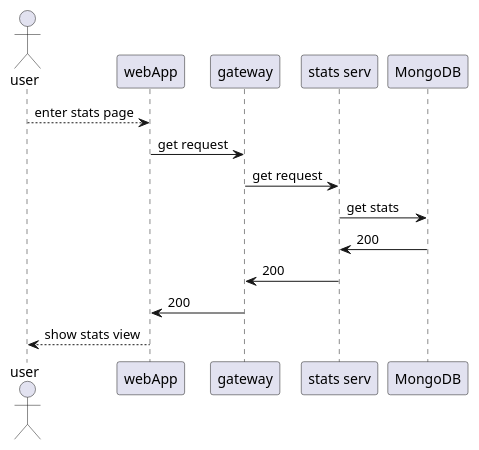
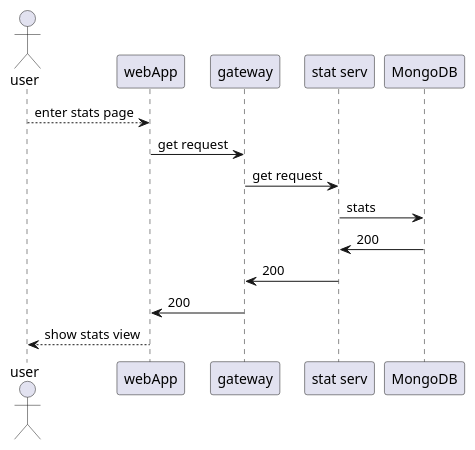
One commit to Arquisoft/wiq_7 changed the fourth of 5 diagrams in docs/src/06_runtime_view.adoc. Above: the diagram before and after it, drawn with PlantUML. The commit also changed other lines of this file and 16 other files, not shown here.

```diff
--- a/docs/src/06_runtime_view.adoc
+++ b/docs/src/06_runtime_view.adoc
@@ -78,17 +78,17 @@
 [plantuml, "stats", svg]
 ----
 actor user
 participant webapp as "webApp"
 participant gw as "gateway"
-participant statsserv as "stats serv"
+participant statserv as "stat serv"
 participant mongo as "MongoDB"
 
 user --> webapp: enter stats page
 webapp -> gw: get request
-gw -> statsserv: get request
-statsserv -> mongo: get stats
-mongo -> statsserv: 200
-statsserv -> gw: 200
+gw -> statserv: get request
+statserv -> mongo: stats
+mongo -> statserv: 200
+statserv -> gw: 200
 gw -> webapp: 200
 webapp --> user: show stats view
 ----
```
